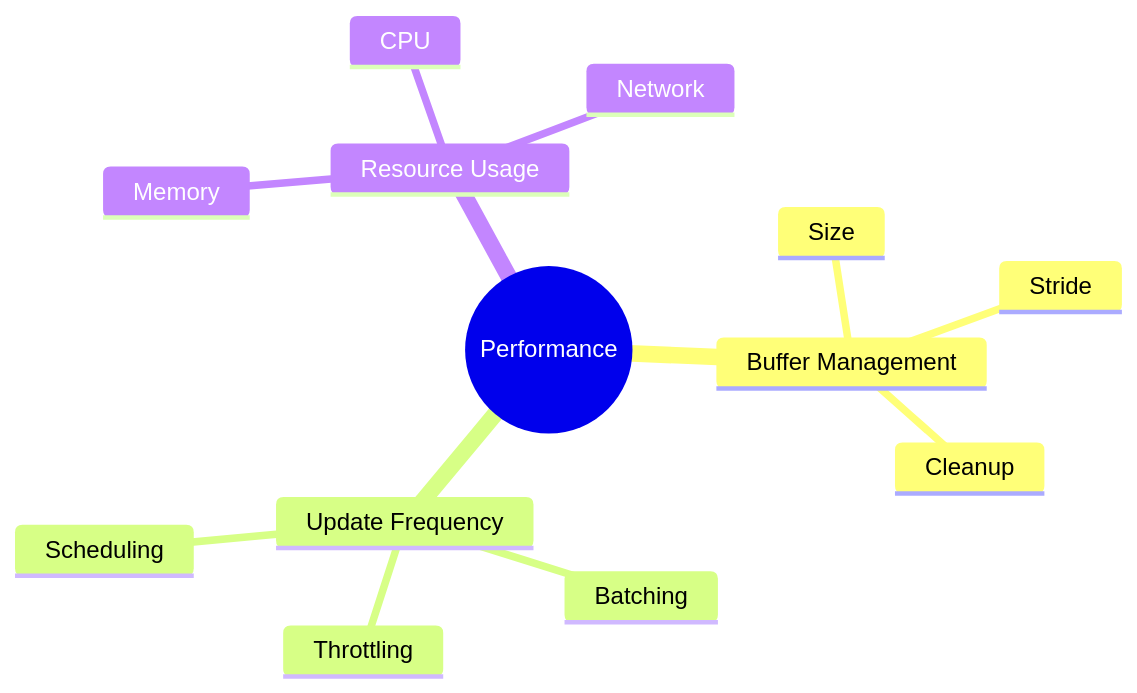
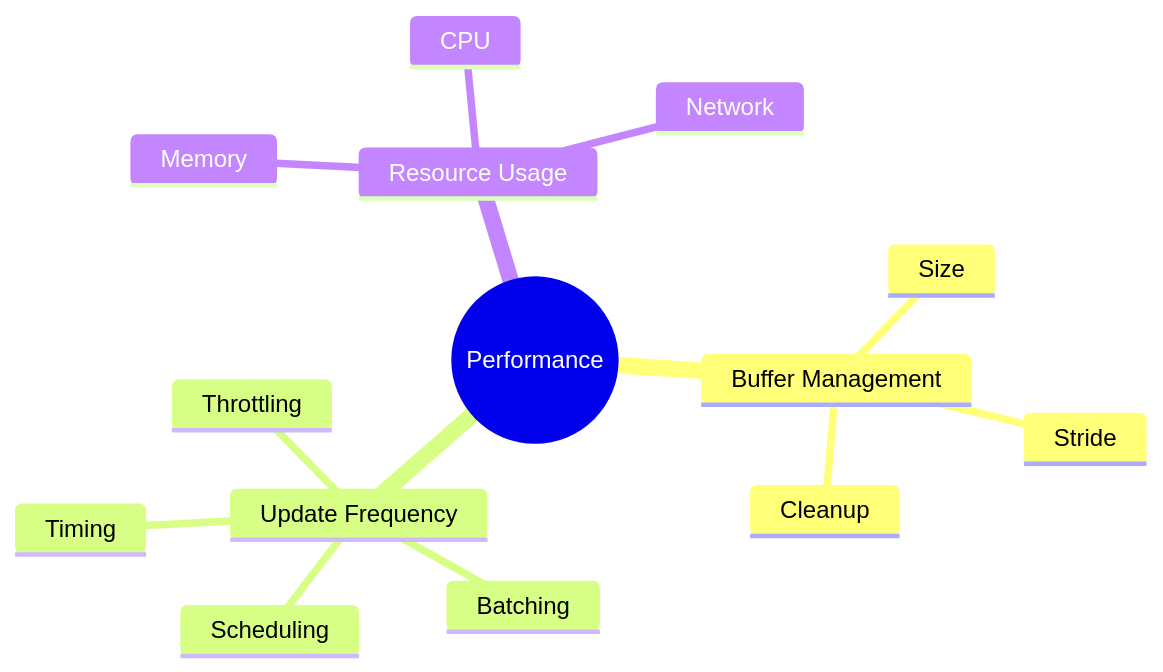
Before and after one commit to ActiveInferenceInstitute/cognitive: the fourth of 4 diagrams in docs/implementation/rxinfer/reactive_programming.md, drawn with Mermaid. The commit also changed 7 other files, not shown here.

````diff
--- a/docs/implementation/rxinfer/reactive_programming.md
+++ b/docs/implementation/rxinfer/reactive_programming.md
@@ -243,16 +243,17 @@
 ```mermaid
 mindmap
   root((Performance))
     Buffer Management
       Size
       Stride
       Cleanup
     Update Frequency
       Throttling
       Batching
       Scheduling
+      Timing
     Resource Usage
       Memory
       CPU
       Network
 ```
````
